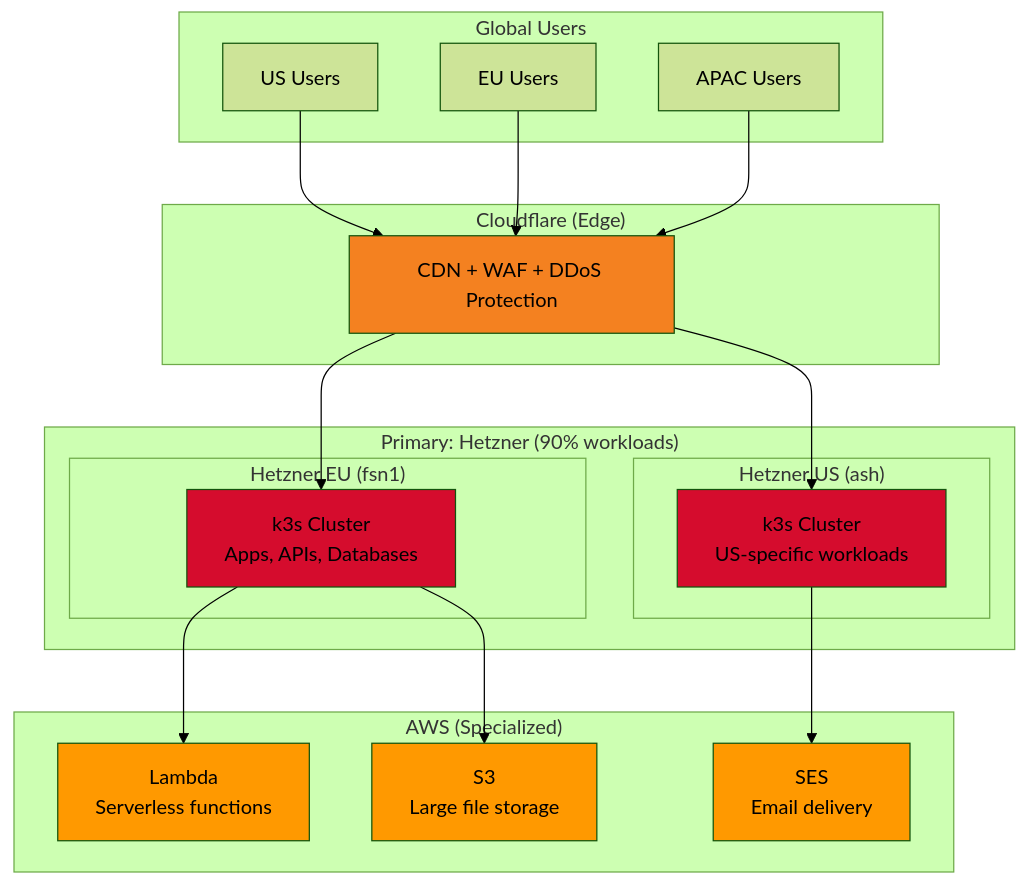
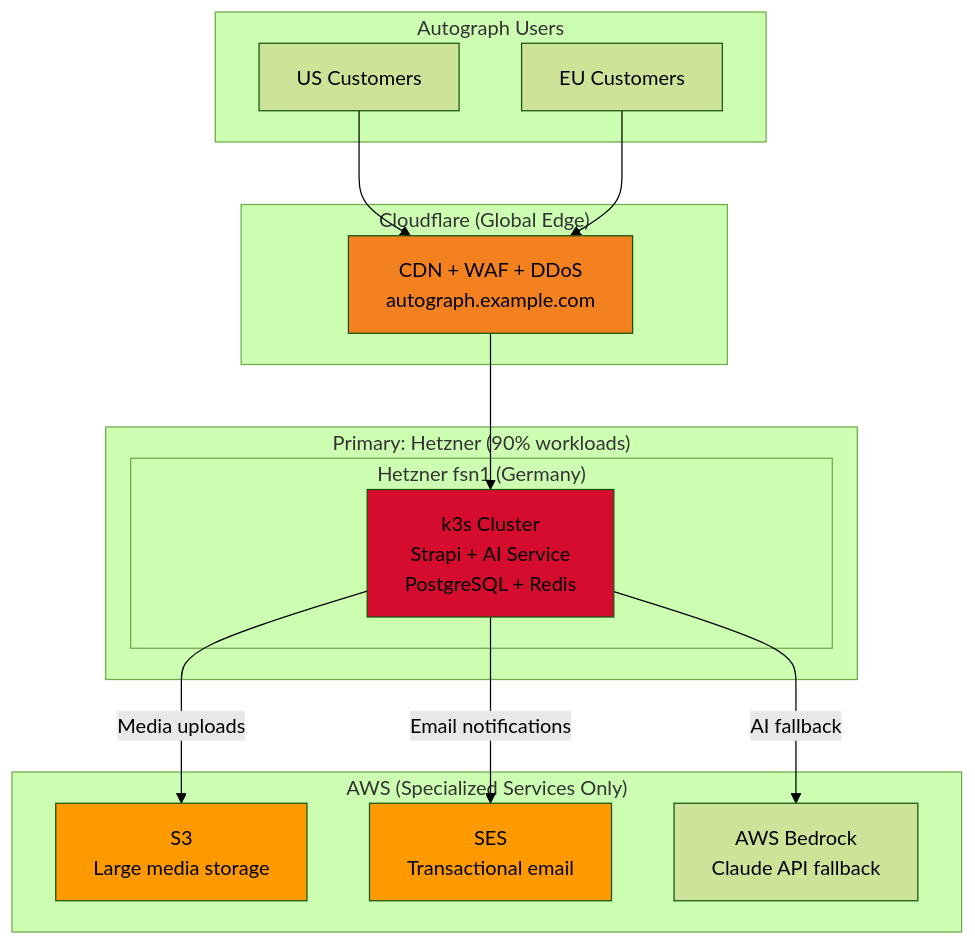
Before and after one commit to PearlThoughtsInternship/Internship-Obsidian-Vault: the seventh of 7 diagrams in DevOps/03-Platform/01-Cloud-Platforms.md, drawn with Mermaid (forest theme). The commit also changed other lines of this file and 4 other files, not shown here.

````diff
--- a/DevOps/03-Platform/01-Cloud-Platforms.md
+++ b/DevOps/03-Platform/01-Cloud-Platforms.md
@@ -206,41 +256,34 @@
 ```mermaid
 flowchart TB
-    subgraph Users["Global Users"]
-        US["US Users"]
-        EU["EU Users"]
-        APAC["APAC Users"]
+    subgraph Users["Autograph Users"]
+        US["US Customers"]
+        EU["EU Customers"]
     end
 
-    subgraph CDN["Cloudflare (Edge)"]
-        CF["CDN + WAF + DDoS Protection"]
+    subgraph CDN["Cloudflare (Global Edge)"]
+        CF["CDN + WAF + DDoS<br/>autograph.example.com"]
     end
 
     subgraph Primary["Primary: Hetzner (90% workloads)"]
-        subgraph HetznerEU["Hetzner EU (fsn1)"]
-            K3S_EU["k3s Cluster<br/>Apps, APIs, Databases"]
-        end
-        subgraph HetznerUS["Hetzner US (ash)"]
-            K3S_US["k3s Cluster<br/>US-specific workloads"]
+        subgraph HetznerEU["Hetzner fsn1 (Germany)"]
+            K3S["k3s Cluster<br/>Strapi + AI Service<br/>PostgreSQL + Redis"]
         end
     end
 
-    subgraph AWS["AWS (Specialized)"]
-        Lambda["Lambda<br/>Serverless functions"]
-        S3["S3<br/>Large file storage"]
-        SES["SES<br/>Email delivery"]
+    subgraph AWS["AWS (Specialized Services Only)"]
+        S3["S3<br/>Large media storage"]
+        SES["SES<br/>Transactional email"]
+        Claude["AWS Bedrock<br/>Claude API fallback"]
     end
 
-    US & EU & APAC --> CF
-    CF --> K3S_EU
-    CF --> K3S_US
-    K3S_EU --> Lambda
-    K3S_EU --> S3
-    K3S_US --> SES
+    US & EU --> CF
+    CF --> K3S
+    K3S -->|"Media uploads"| S3
+    K3S -->|"Email notifications"| SES
+    K3S -->|"AI fallback"| Claude
 
     style CF fill:#F48120
-    style K3S_EU fill:#D50C2D
-    style K3S_US fill:#D50C2D
-    style Lambda fill:#FF9900
+    style K3S fill:#D50C2D
     style S3 fill:#FF9900
     style SES fill:#FF9900
 ```
````
